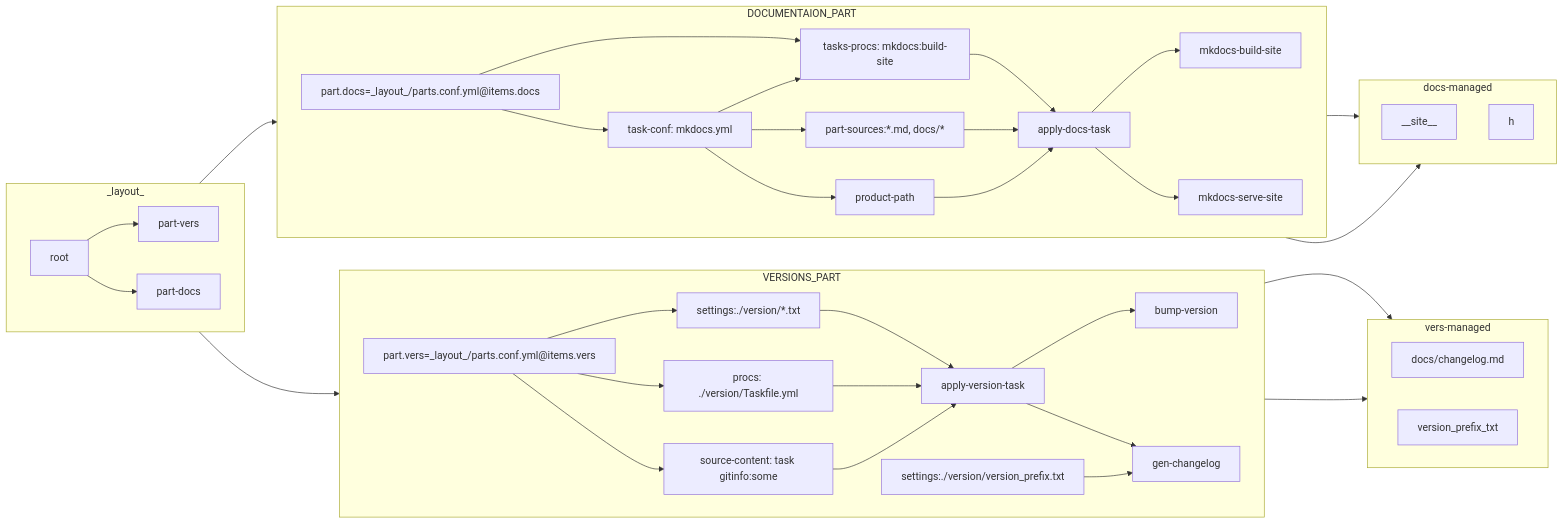
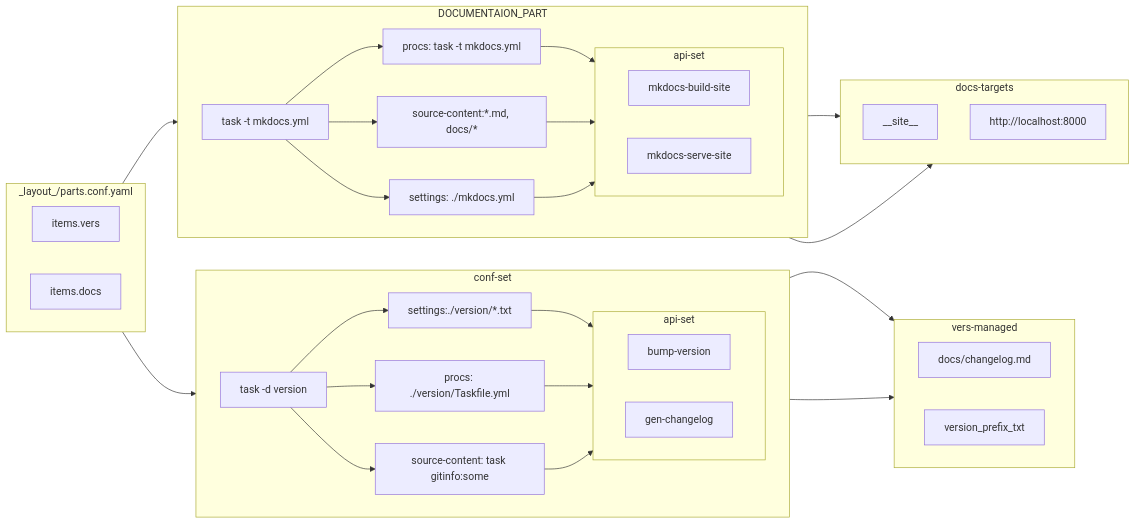
Before and after one commit to lioryah/lior-bootstrap: the first of 2 diagrams in docs/structure/structure.layout-flowgraph.md, drawn with Mermaid.

````diff
--- a/docs/structure/structure.layout-flowgraph.md
+++ b/docs/structure/structure.layout-flowgraph.md
@@ -5,57 +5,55 @@
 ```mermaid
 flowchart LR
-  subgraph PROJECT_PARTS[_layout_]
+  subgraph PROJECT_PARTS["_layout_/parts.conf.yaml"]
       direction LR
-      root --> part-vers
-      root --> part-docs
+      part-vers["items.vers"]
+      part-docs["items.docs"]
   end
   subgraph VERSIONS_PART_MANAGED[vers-managed]
       direction LR
 
       changelog["docs/changelog.md"]
       version_prefix_txt
   end
-  subgraph VERSIONS_PART
+  subgraph VERSIONS_PART[conf-set]
       direction LR
-      part-ly["part.vers=_layout_/parts.conf.yml@items.vers"]
+      part-vers --> part-ly["task -d version"]
+      part-ly --> procs-tasks["procs: ./version/Taskfile.yml"]
+      part-ly --> settings["settings:./version/*.txt"]
+      part-ly --> source-content["source-content: task gitinfo:some"]
+      settings --> apply-version-task-api
+      procs-tasks --> apply-version-task-api
+      source-content --> apply-version-task-api
+  end
 
-      part-ly --> settings["settings:./version/*.txt"]
-      part-ly --> procs-tasks["procs: ./version/Taskfile.yml"]
-      part-ly --> source-content["source-content: task gitinfo:some"]
-      settings --> apply-version-task
-      procs-tasks --> apply-version-task
-      source-content --> apply-version-task
-      apply-version-task --> bump-version
-      apply-version-task --> gen-changelog
-
+  subgraph apply-version-task-api[api-set]
+      direction LR
       bump-version --> version_prefix_txt
       gen-changelog --> changelog
-      settings_read["settings:./version/version_prefix.txt"]--> gen-changelog
   end
-  part-vers --> part-ly
-  subgraph DOCUMENTAION_PART_MANAGED["docs-managed"]
+
+  subgraph DOCUMENTAION_PART_MANAGED["docs-targets"]
       direction TB
       __site__["__site__"]
-      http_res["h"]
+      http_res["http://localhost:8000"]
   end
   subgraph DOCUMENTAION_PART
       direction LR
-      part-layout --> part-procs[tasks-procs: mkdocs:build-site]
-      part-layout["part.docs=_layout_/parts.conf.yml@items.docs"]
-          --> part-config[task-conf: mkdocs.yml]
-      part-config --> part-source["part-sources:*.md, docs/*"]
-      part-config --> product-path
-      part-config --> part-procs
+      part-config["task -t mkdocs.yml"]
+      part-config --> part-procs["procs: task -t mkdocs.yml"]
+      part-config --> product-path["settings: ./mkdocs.yml"]
+      part-config --> part-source["source-content:*.md, docs/*"]
 
-      part-procs --> apply-docs-task
-      part-source --> apply-docs-task
-      product-path --> apply-docs-task
+      part-procs --> apply-docs-task-api
+      part-source --> apply-docs-task-api
+      product-path --> apply-docs-task-api
 
-      apply-docs-task --> mkdocs-build-site
-      apply-docs-task --> mkdocs-serve-site
+
+  end
+  subgraph apply-docs-task-api[api-set]
+      direction LR
       mkdocs-build-site --> __site__
       mkdocs-serve-site --> http_res
-
   end
-  part-docs --> part-layout
+  part-docs --> part-config
 ```
````
